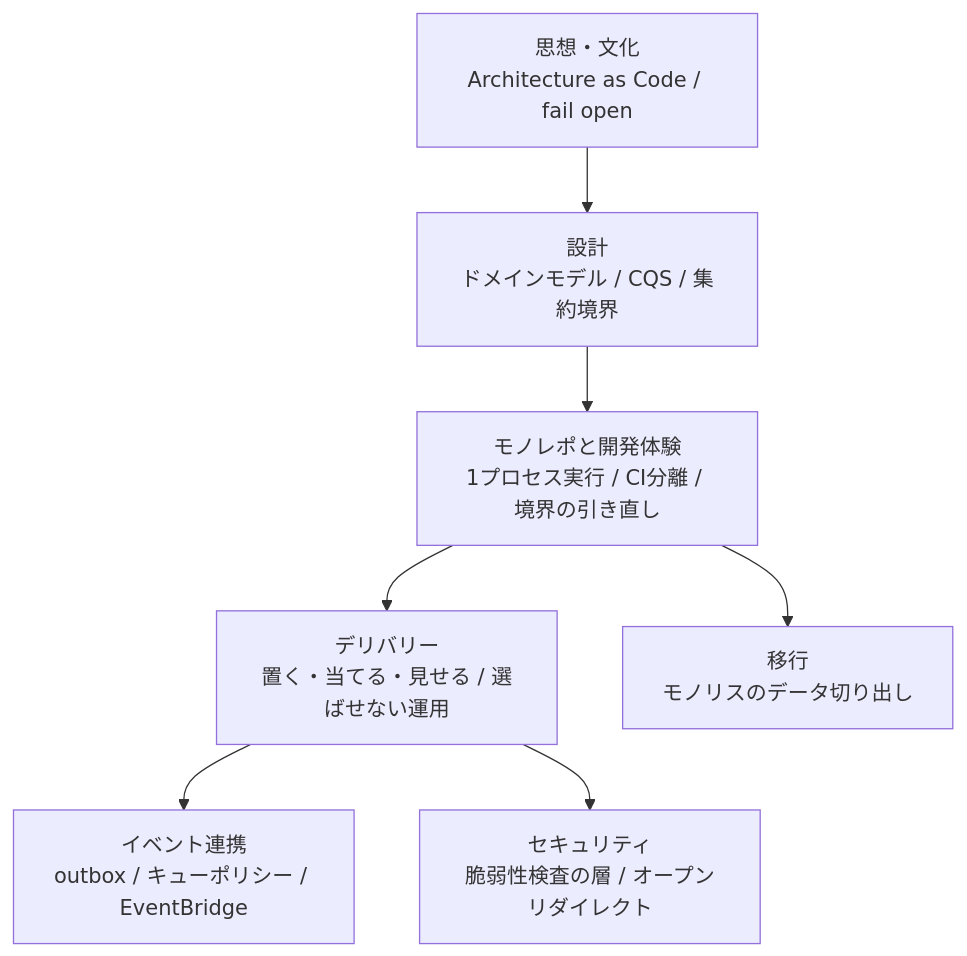
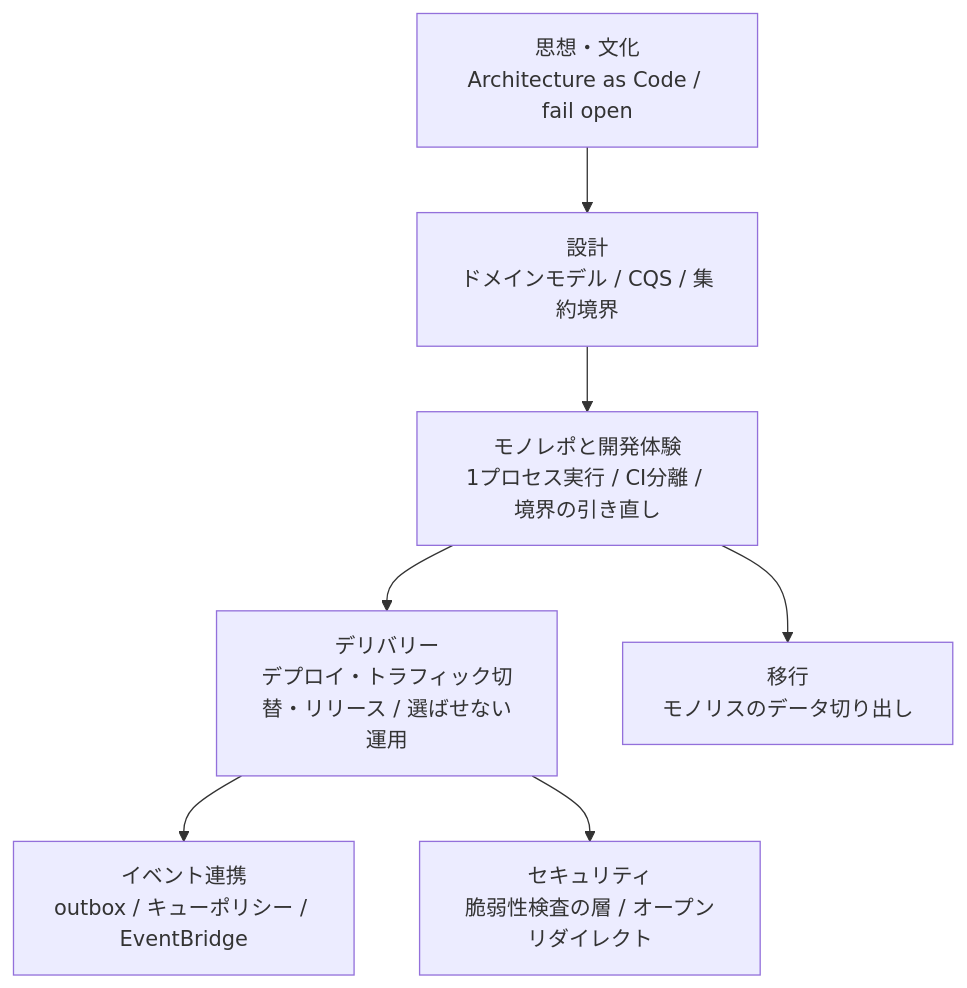
Before and after one commit to rikukaInoue/rikukadev: the diagram in src/content/blog/greenfield-overview.mdx, drawn with Mermaid. The commit also changed other lines of this file and 1 other file, not shown here.

Commit message:
用語を定着した語に戻す: 置く・当てる・見せる → デプロイ・トラフィック切替・リリース
独自の日本語言い換えは読む側の変換コストになる。概要記事の図の参照も追従。

````diff
--- a/src/content/blog/greenfield-overview.mdx
+++ b/src/content/blog/greenfield-overview.mdx
@@ -30,14 +30,14 @@
 ```mermaid
 graph TB
     A["思想・文化<br/>Architecture as Code / fail open"]
     B["設計<br/>ドメインモデル / CQS / 集約境界"]
     C["モノレポと開発体験<br/>1プロセス実行 / CI分離 / 境界の引き直し"]
-    D["デリバリー<br/>置く・当てる・見せる / 選ばせない運用"]
+    D["デリバリー<br/>デプロイ・トラフィック切替・リリース / 選ばせない運用"]
     E["イベント連携<br/>outbox / キューポリシー / EventBridge"]
     F["移行<br/>モノリスのデータ切り出し"]
     G["セキュリティ<br/>脆弱性検査の層 / オープンリダイレクト"]
     A --> B --> C --> D
     D --> E
     C --> F
     D --> G
 ```
````
